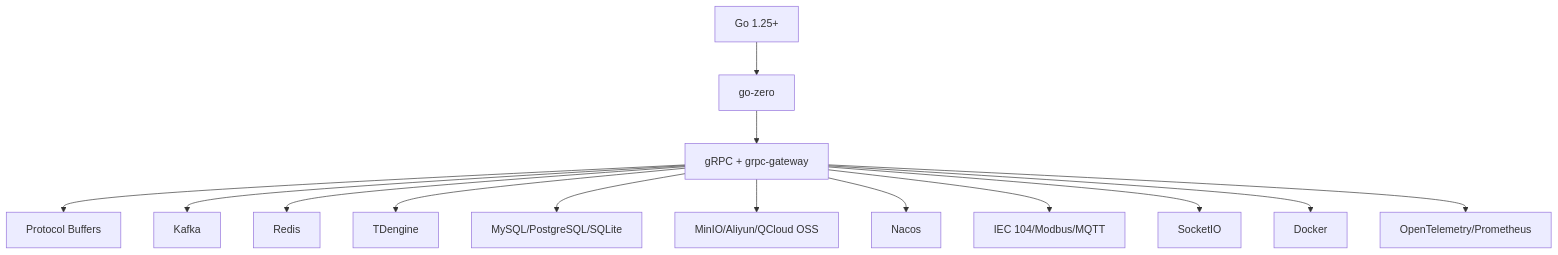
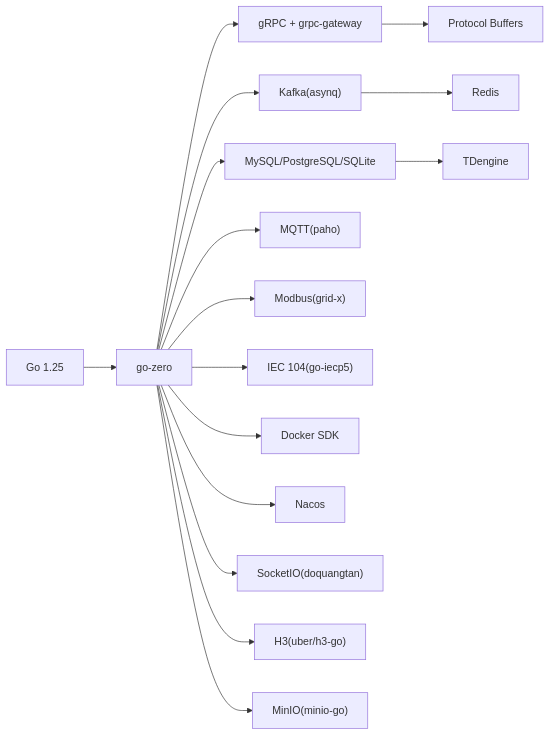
One commit to maomao94/zero-service changed the fourth of 4 diagrams in .qoder/repowiki/zh/content/快速开始.md. Above: the diagram before and after it, drawn with Mermaid. The commit also changed other lines of this file and 362 other files, not shown here.

````diff
--- a/.qoder/repowiki/zh/content/快速开始.md
+++ b/.qoder/repowiki/zh/content/快速开始.md
@@ -227,16 +297,18 @@
 ```mermaid
-graph TB
-GO["Go 1.25+"] --> Z["go-zero"]
-Z --> GRPC["gRPC + grpc-gateway"]
-GRPC --> PB["Protocol Buffers"]
-GRPC --> K["Kafka"]
-GRPC --> R["Redis"]
-GRPC --> TD["TDengine"]
-GRPC --> DB["MySQL/PostgreSQL/SQLite"]
-GRPC --> OSS["MinIO/Aliyun/QCloud OSS"]
-GRPC --> NACOS["Nacos"]
-GRPC --> IEC["IEC 104/Modbus/MQTT"]
-GRPC --> SO["SocketIO"]
-GRPC --> DOCK["Docker"]
-GRPC --> OT["OpenTelemetry/Prometheus"]
+graph LR
+GO["Go 1.25"] --> FRAMEWORK["go-zero"]
+FRAMEWORK --> RPC["gRPC + grpc-gateway"]
+RPC --> PROTOS["Protocol Buffers"]
+FRAMEWORK --> QUEUE["Kafka(asynq)"]
+QUEUE --> REDIS["Redis"]
+FRAMEWORK --> DB["MySQL/PostgreSQL/SQLite"]
+DB --> TD["TDengine"]
+FRAMEWORK --> MQTT["MQTT(paho)"]
+FRAMEWORK --> MODBUS["Modbus(grid-x)"]
+FRAMEWORK --> IECP5["IEC 104(go-iecp5)"]
+FRAMEWORK --> DOCKER["Docker SDK"]
+FRAMEWORK --> NACOS["Nacos"]
+FRAMEWORK --> SOCKETIO["SocketIO(doquangtan)"]
+FRAMEWORK --> H3["H3(uber/h3-go)"]
+FRAMEWORK --> MINIO["MinIO(minio-go)"]
 ```
````
